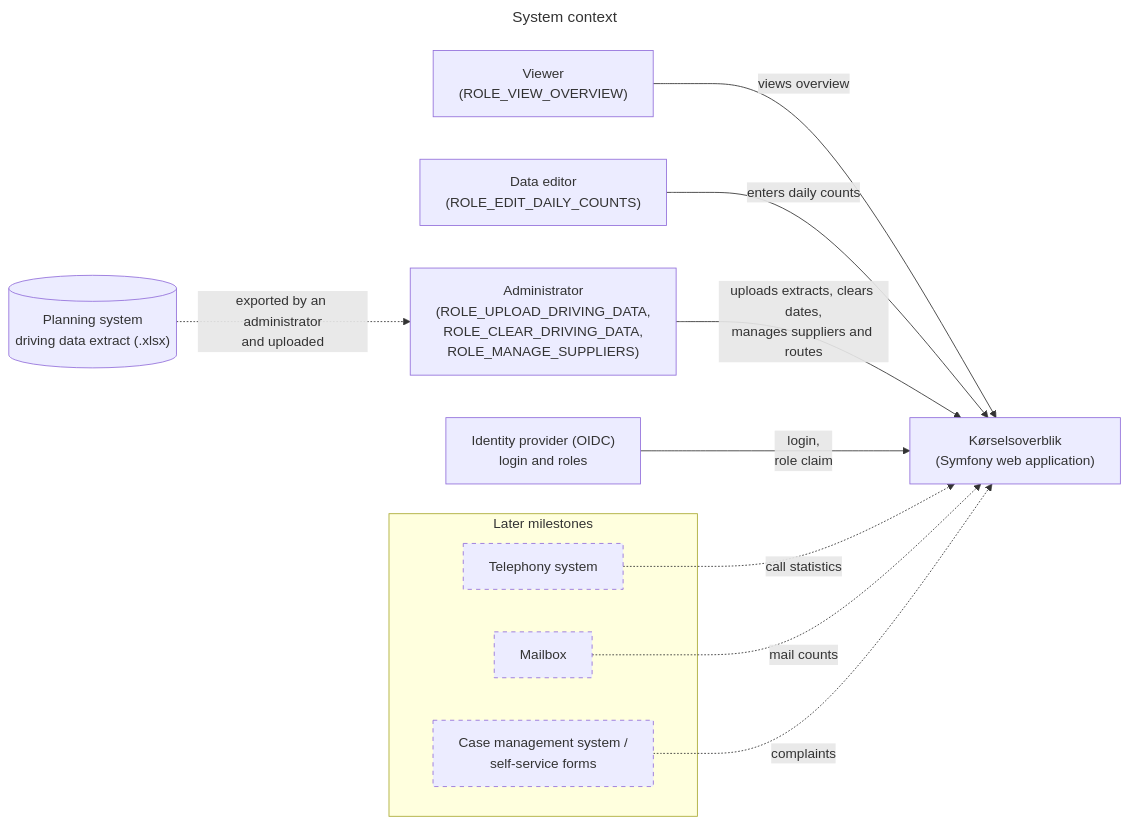
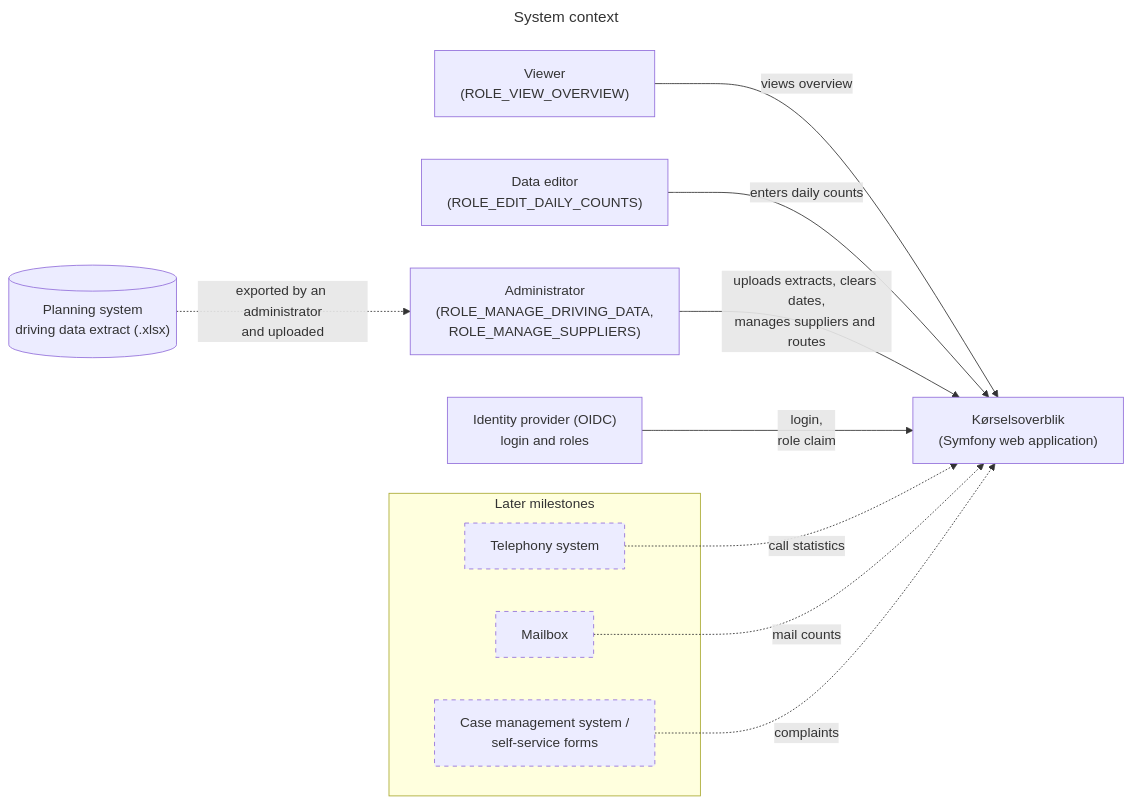
One commit to itk-dev/koerselsoverblik changed the first of 7 diagrams in docs/architecture.md. Above: the diagram before and after it, drawn with Mermaid. The commit also changed other lines of this file and 4 other files, not shown here.

Commit message:
docs: describe ROLE_MANAGE_DRIVING_DATA

````diff
--- a/docs/architecture.md
+++ b/docs/architecture.md
@@ -45,33 +45,33 @@
 ```mermaid
 ---
 title: System context
 ---
 flowchart LR
     user["Viewer<br/>(ROLE_VIEW_OVERVIEW)"]
     editor["Data editor<br/>(ROLE_EDIT_DAILY_COUNTS)"]
-    admin["Administrator<br/>(ROLE_UPLOAD_DRIVING_DATA,<br/>ROLE_CLEAR_DRIVING_DATA,<br/>ROLE_MANAGE_SUPPLIERS)"]
+    admin["Administrator<br/>(ROLE_MANAGE_DRIVING_DATA,<br/>ROLE_MANAGE_SUPPLIERS)"]
 
     app["Kørselsoverblik<br/>(Symfony web application)"]
 
     planning[("Planning system<br/>driving data extract (.xlsx)")]
     idp["Identity provider (OIDC)<br/>login and roles"]
 
     subgraph later["Later milestones"]
         telephony["Telephony system"]
         mailbox["Mailbox"]
         cases["Case management system /<br/>self-service forms"]
     end
 
     user -- "views overview" --> app
     editor -- "enters daily counts" --> app
     admin -- "uploads extracts, clears dates,<br/>manages suppliers and routes" --> app
     planning -. "exported by an administrator<br/>and uploaded" .-> admin
     idp -- "login,<br/>role claim" --> app
 
     telephony -. "call statistics" .-> app
     mailbox -. "mail counts" .-> app
     cases -. "complaints" .-> app
 
     classDef future stroke-dasharray: 5 5
     class telephony,mailbox,cases future
 ```
````
